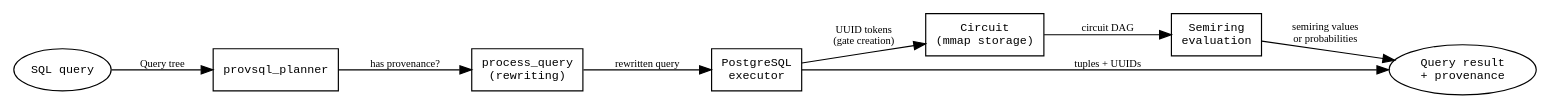
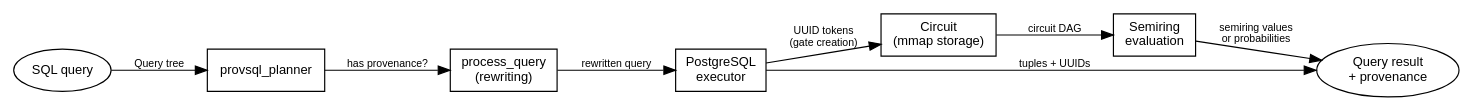
Before and after one commit to PierreSenellart/provsql: the diagram in doc/source/dev/architecture.rst, drawn with Graphviz. The commit also changed 2 other files, not shown here.

Commit message:
Architecture diagram

```diff
--- a/doc/source/dev/architecture.rst
+++ b/doc/source/dev/architecture.rst
@@ -176,23 +176,23 @@
 .. graphviz::
 
    digraph dataflow {
      rankdir=LR;
-     node [shape=box, fontname="monospace", fontsize=10];
-     edge [fontsize=9];
+     node [shape=box, fontname="sans-serif", fontsize=11];
+     edge [fontsize=9, fontname="sans-serif"];
 
      sql [label="SQL query", shape=ellipse];
      planner [label="provsql_planner"];
      rewrite [label="process_query\n(rewriting)"];
      exec [label="PostgreSQL\nexecutor"];
      circuit [label="Circuit\n(mmap storage)"];
      eval [label="Semiring\nevaluation"];
      result [label="Query result\n+ provenance", shape=ellipse];
 
      sql -> planner [label="Query tree"];
      planner -> rewrite [label="has provenance?"];
      rewrite -> exec [label="rewritten query"];
      exec -> circuit [label="UUID tokens\n(gate creation)"];
      exec -> result [label="tuples + UUIDs"];
      circuit -> eval [label="circuit DAG"];
      eval -> result [label="semiring values\nor probabilities"];
    }
```
